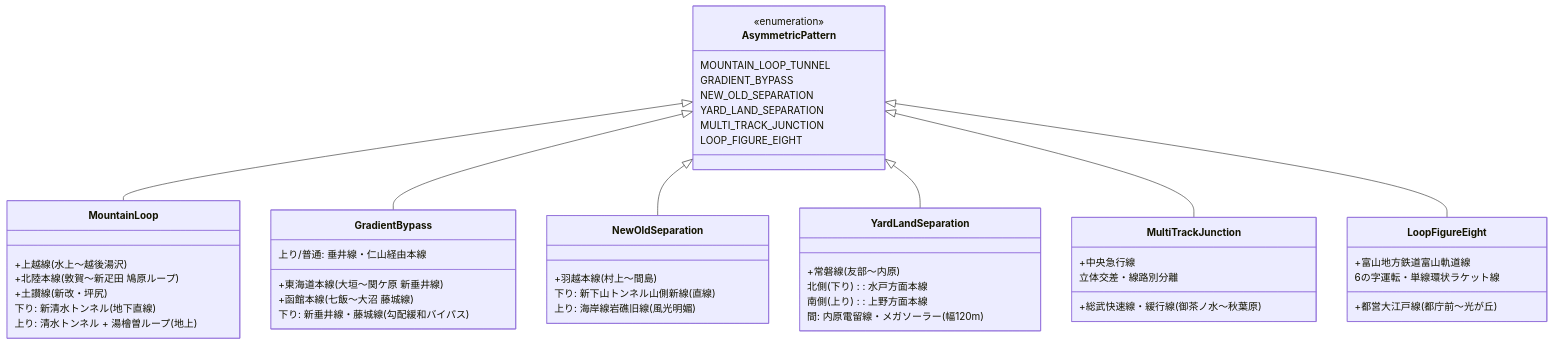
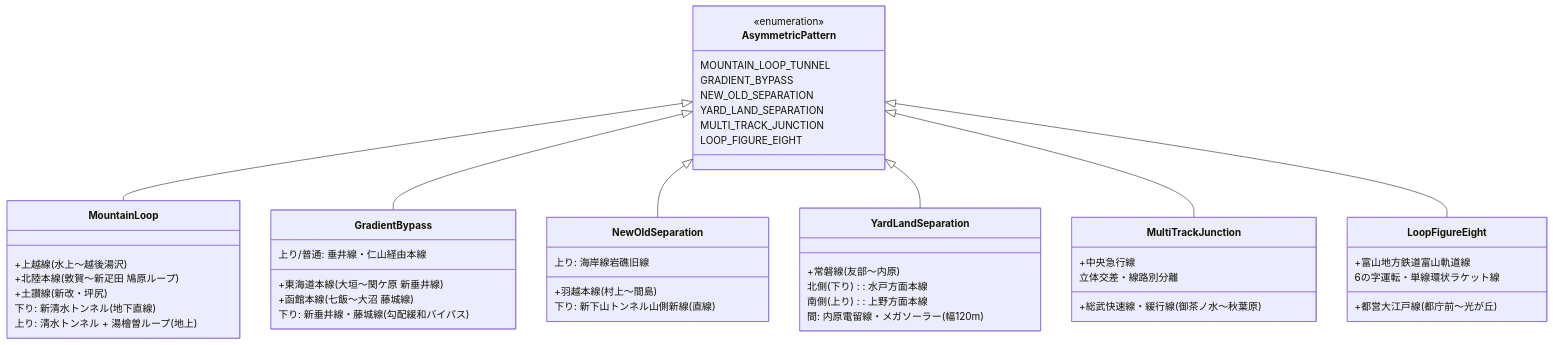
The first of 4 diagrams in docs/ASYMMETRIC_TRACK_ROUTING_GUIDELINES.md (GenbuHase/Trainfo), drawn with Mermaid before and after one commit. The commit also changed other lines of this file and 9 other files, not shown here.

````diff
--- a/docs/ASYMMETRIC_TRACK_ROUTING_GUIDELINES.md
+++ b/docs/ASYMMETRIC_TRACK_ROUTING_GUIDELINES.md
@@ -33,52 +32,52 @@
 ```mermaid
 classDiagram
     class AsymmetricPattern {
         <<enumeration>>
         MOUNTAIN_LOOP_TUNNEL
         GRADIENT_BYPASS
         NEW_OLD_SEPARATION
         YARD_LAND_SEPARATION
         MULTI_TRACK_JUNCTION
         LOOP_FIGURE_EIGHT
     }
     class MountainLoop {
         +上越線 (水上〜越後湯沢)
         +北陸本線 (敦賀〜新疋田 鳩原ループ)
         +土讃線 (新改・坪尻)
         下り: 新清水トンネル (地下直線)
         上り: 清水トンネル + 湯檜曽ループ (地上)
     }
     class GradientBypass {
         +東海道本線 (大垣〜関ケ原 新垂井線)
         +函館本線 (七飯〜大沼 藤城線)
         下り: 新垂井線・藤城線 (勾配緩和バイパス)
         上り/普通: 垂井線・仁山経由本線
     }
     class NewOldSeparation {
         +羽越本線 (村上〜間島)
         下り: 新下山トンネル山側新線 (直線)
-        上り: 海岸線岩礁旧線 (風光明媚)
+        上り: 海岸線岩礁旧線
     }
     class YardLandSeparation {
         +常磐線 (友部〜内原)
         北側(下り): 水戸方面本線
         南側(上り): 上野方面本線
         間: 内原電留線・メガソーラー (幅120m)
     }
     class MultiTrackJunction {
         +総武快速線・緩行線 (御茶ノ水〜秋葉原)
         +中央急行線
         立体交差・線路別分離
     }
     class LoopFigureEight {
         +都営大江戸線 (都庁前〜光が丘)
         +富山地方鉄道富山軌道線
         6の字運転・単線環状ラケット線
     }
     AsymmetricPattern <|-- MountainLoop
     AsymmetricPattern <|-- GradientBypass
     AsymmetricPattern <|-- NewOldSeparation
     AsymmetricPattern <|-- YardLandSeparation
     AsymmetricPattern <|-- MultiTrackJunction
     AsymmetricPattern <|-- LoopFigureEight
 ```
````
